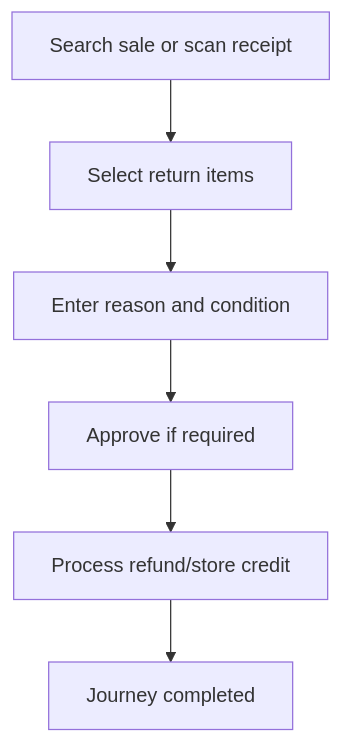
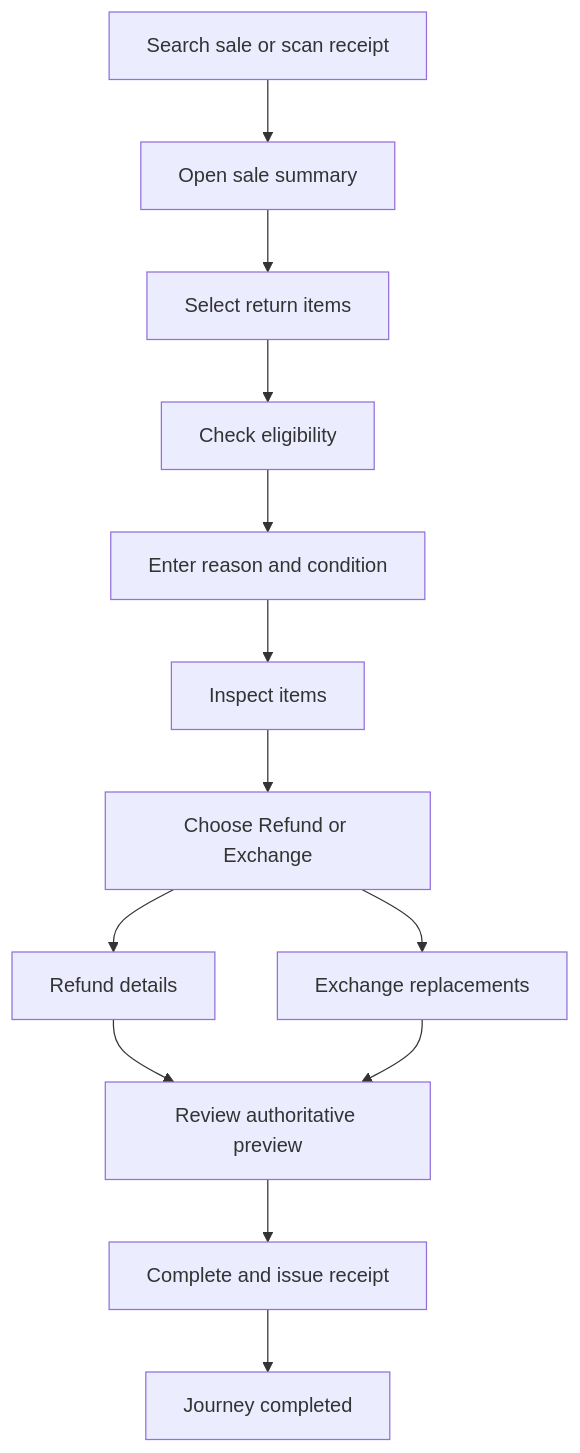
Before and after one commit to unicomproject/Pos-system-Knowledge: the diagram in 03_USER_JOURNEYS/Cashier/08_Return_Refund_Flow.md, drawn with Mermaid. The commit also changed other lines of this file and 56 other files, not shown here.

````diff
--- a/03_USER_JOURNEYS/Cashier/08_Return_Refund_Flow.md
+++ b/03_USER_JOURNEYS/Cashier/08_Return_Refund_Flow.md
@@ -46,9 +310,16 @@
 ```mermaid
 flowchart TD
     S1[Search sale or scan receipt]
-    S1 --> S2[Select return items]
-    S2 --> S3[Enter reason and condition]
-    S3 --> S4[Approve if required]
-    S4 --> S5[Process refund/store credit]
-    S5 --> Done[Journey completed]
+    S1 --> S2[Open sale summary]
+    S2 --> S3[Select return items]
+    S3 --> S4[Check eligibility]
+    S4 --> S5[Enter reason and condition]
+    S5 --> S6[Inspect items]
+    S6 --> S7[Choose Refund or Exchange]
+    S7 --> S8A[Refund details]
+    S7 --> S8B[Exchange replacements]
+    S8A --> S9[Review authoritative preview]
+    S8B --> S9
+    S9 --> S10[Complete and issue receipt]
+    S10 --> Done[Journey completed]
 ```
````
